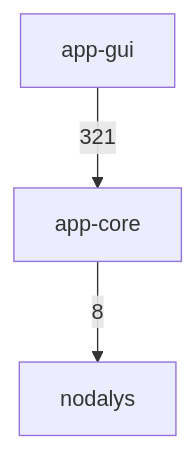
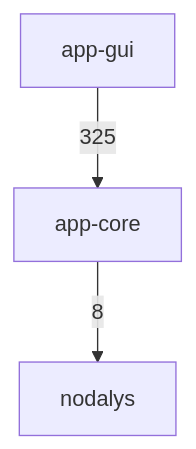
Before and after one commit to ronnymilleo/imcsim: the first of 3 diagrams in docs/architecture.md, drawn with Mermaid. The commit also changed other lines of this file and 6 other files, not shown here.

Commit message:
Document transmission lines and update architecture diagrams

````diff
--- a/docs/architecture.md
+++ b/docs/architecture.md
@@ -22,8 +22,8 @@
 ```mermaid
 flowchart TD
     app_gui[app-gui]
     app_core[app-core]
     nodalys[nodalys]
     app_core -->|8| nodalys
-    app_gui -->|321| app_core
+    app_gui -->|325| app_core
 ```
````
